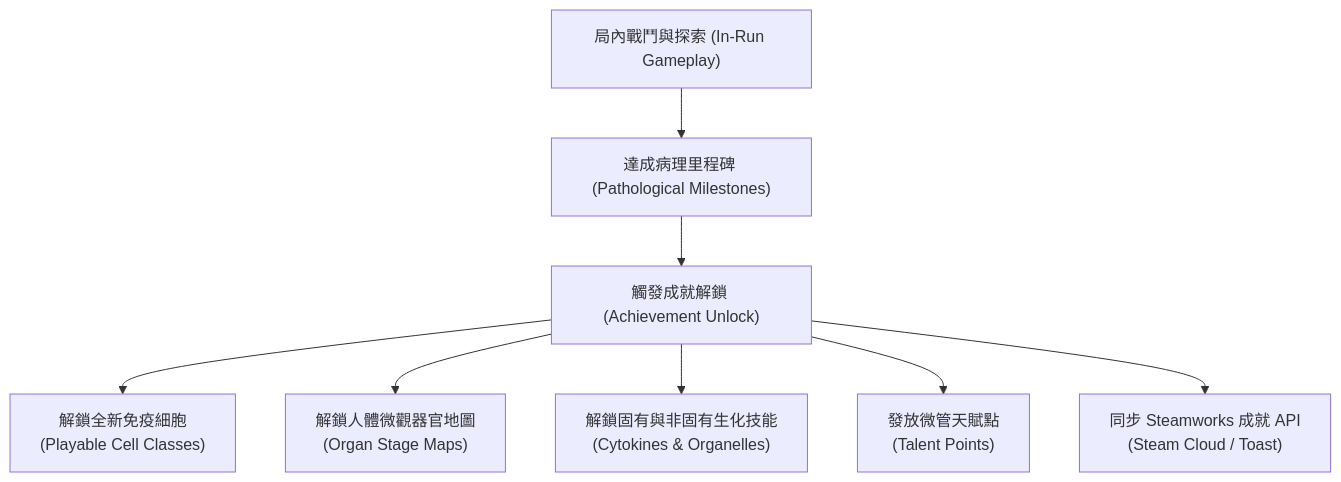
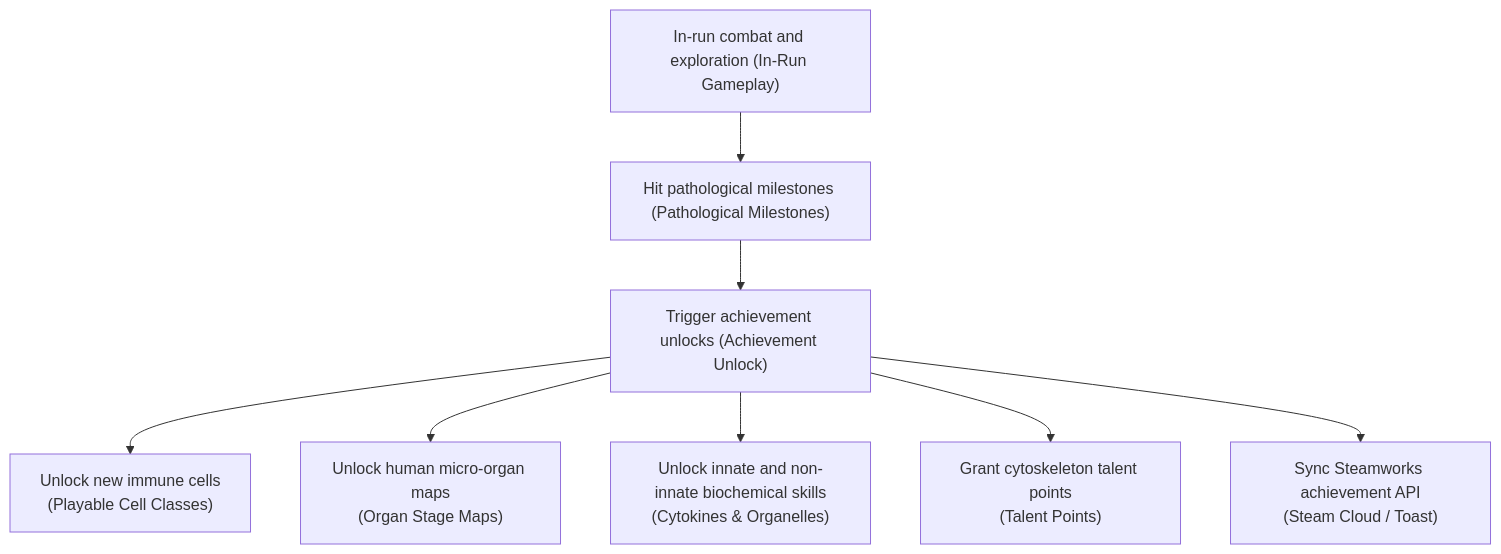
Before and after one commit to skyrocket-qy/Phagocyte: the diagram in docs/achievement.md, drawn with Mermaid. The commit also changed other lines of this file and 17 other files, not shown here.

````diff
--- a/docs/achievement.md
+++ b/docs/achievement.md
@@ -9,10 +9,10 @@
 ```mermaid
 flowchart TD
-    A["局內戰鬥與探索 (In-Run Gameplay)"] --> B["達成病理里程碑 (Pathological Milestones)"]
-    B --> C["觸發成就解鎖 (Achievement Unlock)"]
-    C --> D1["解鎖全新免疫細胞<br>(Playable Cell Classes)"]
-    C --> D2["解鎖人體微觀器官地圖<br>(Organ Stage Maps)"]
-    C --> D3["解鎖固有與非固有生化技能<br>(Cytokines & Organelles)"]
-    C --> D4["發放微管天賦點<br>(Talent Points)"]
-    C --> E["同步 Steamworks 成就 API<br>(Steam Cloud / Toast)"]
+    A["In-run combat and exploration (In-Run Gameplay)"] --> B["Hit pathological milestones (Pathological Milestones)"]
+    B --> C["Trigger achievement unlocks (Achievement Unlock)"]
+    C --> D1["Unlock new immune cells<br>(Playable Cell Classes)"]
+    C --> D2["Unlock human micro-organ maps<br>(Organ Stage Maps)"]
+    C --> D3["Unlock innate and non-innate biochemical skills<br>(Cytokines & Organelles)"]
+    C --> D4["Grant cytoskeleton talent points<br>(Talent Points)"]
+    C --> E["Sync Steamworks achievement API<br>(Steam Cloud / Toast)"]
 ```
````
